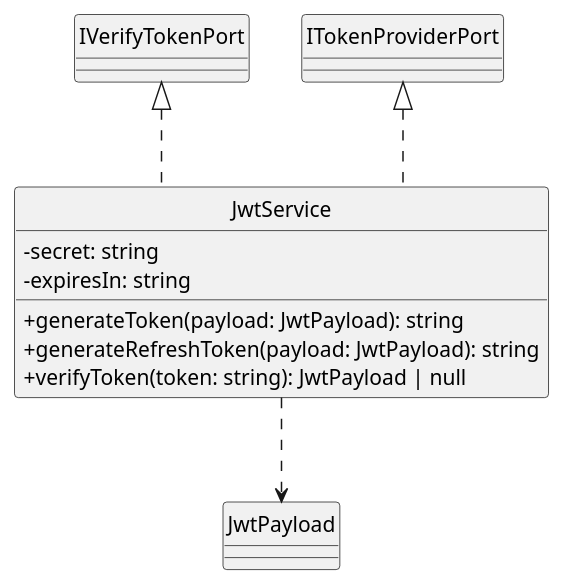
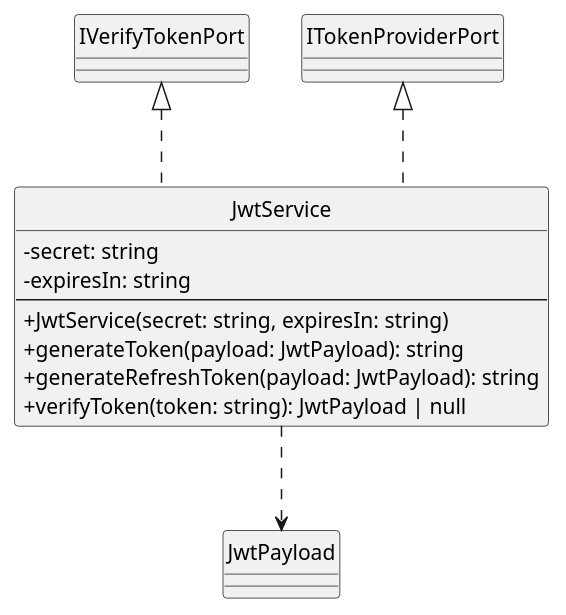
Before and after one commit to SkarabGroup/DocumentazioneProgetto: the diagram in assets/st_diagrams/code/plantuml/account/infrastructure/adapters/jwt.service.plantuml, drawn with PlantUML. The commit also changed 3 other files, not shown here.

```diff
--- a/assets/st_diagrams/code/plantuml/account/infrastructure/adapters/jwt.service.plantuml
+++ b/assets/st_diagrams/code/plantuml/account/infrastructure/adapters/jwt.service.plantuml
@@ -1,23 +1,25 @@
 @startuml JwtService
 
 skinparam componentStyle uml2.5
 skinparam linetype ortho
 skinparam nodesep auto
 skinparam ranksep 70
 skinparam ClassAttributeIconSize 0
 hide circles
 
 class JwtService {
     - secret: string
     - expiresIn: string
+    ---
+    + JwtService(secret: string, expiresIn: string)
     + generateToken(payload: JwtPayload): string
     + generateRefreshToken(payload: JwtPayload): string
     + verifyToken(token: string): JwtPayload | null
 }
 
 ' Relations
 JwtService ..up|> ITokenProviderPort
 JwtService ..up|> IVerifyTokenPort
 JwtService ..> JwtPayload
 
 @enduml
```
